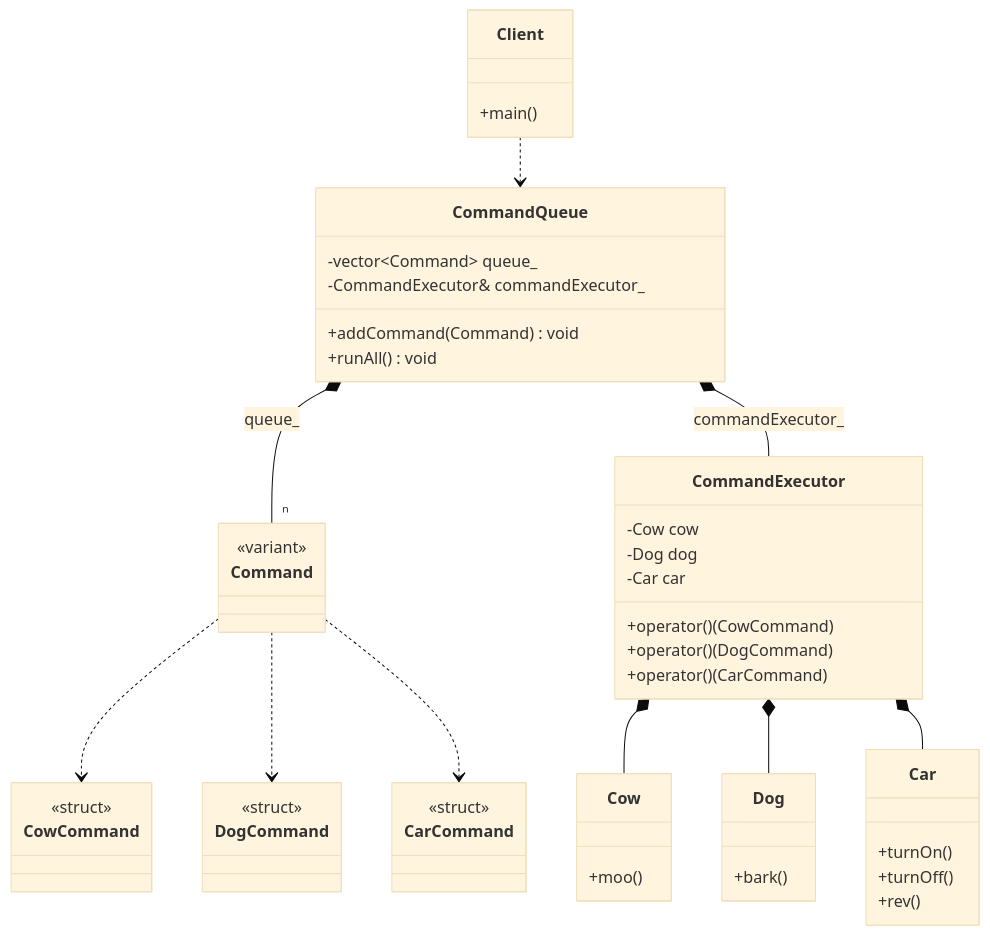
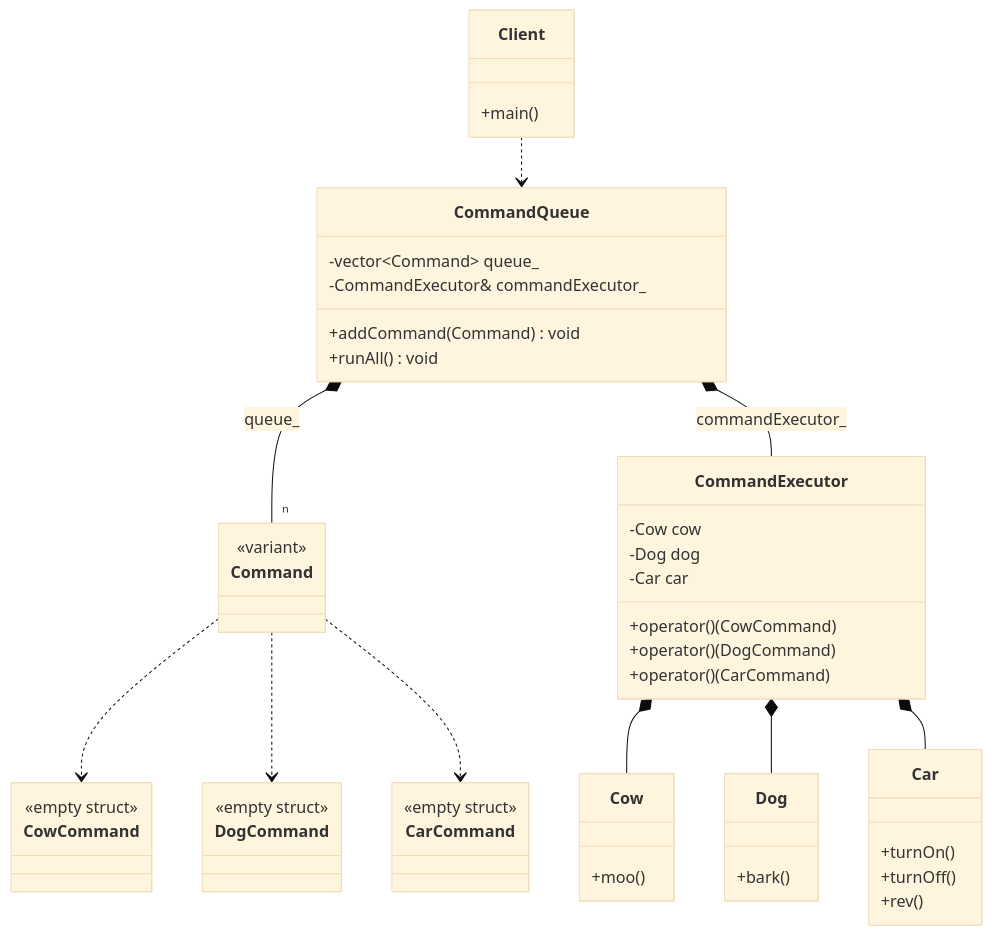
One commit to Cichlidfishexigency721/Modern-CPP-Design-Patterns changed the diagram in 19_Command/02_Modern_Variant/README.md. Above: the diagram before and after it, drawn with Mermaid (base theme). The commit also changed 1 other file, not shown here.

Commit message:
UML improvement

````diff
--- a/19_Command/02_Modern_Variant/README.md
+++ b/19_Command/02_Modern_Variant/README.md
@@ -24,63 +24,63 @@
 ```mermaid
 classDiagram
     class CowCommand {
-        <<struct>>
+        <<empty struct>>
     }
     class DogCommand {
-        <<struct>>
+        <<empty struct>>
     }
     class CarCommand {
-        <<struct>>
+        <<empty struct>>
     }
 
     class Command {
         <<variant>>
     }
 
     class Cow {
         +moo()
     }
 
     class Dog {
         +bark()
     }
 
     class Car {
         +turnOn()
         +turnOff()
         +rev()
     }
 
     class CommandExecutor {
         -Cow cow
         -Dog dog
         -Car car
         +operator()(CowCommand)
         +operator()(DogCommand)
         +operator()(CarCommand)
     }
 
     class CommandQueue {
        -vector~Command~ queue_
        -CommandExecutor& commandExecutor_
        +addCommand(Command) void
         +runAll() void
     }
 
     class Client {
         +main()
     }
 
     CommandQueue *-- "n" Command : queue_
     CommandQueue *-- CommandExecutor : commandExecutor_
 
     Command ..> CowCommand
     Command ..> DogCommand
     Command ..> CarCommand
 
     CommandExecutor *-- Cow
     CommandExecutor *-- Dog
     CommandExecutor *-- Car
 
     Client ..> CommandQueue
 ```
````
